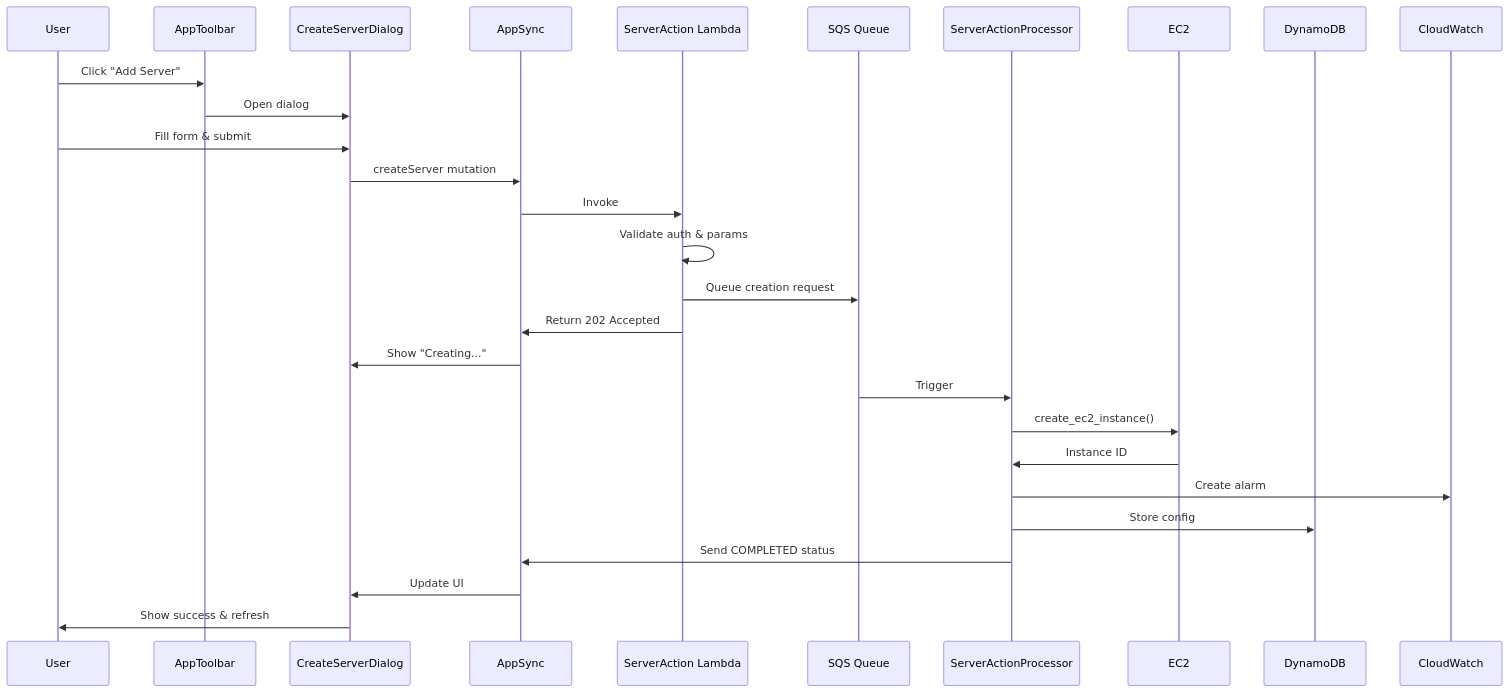
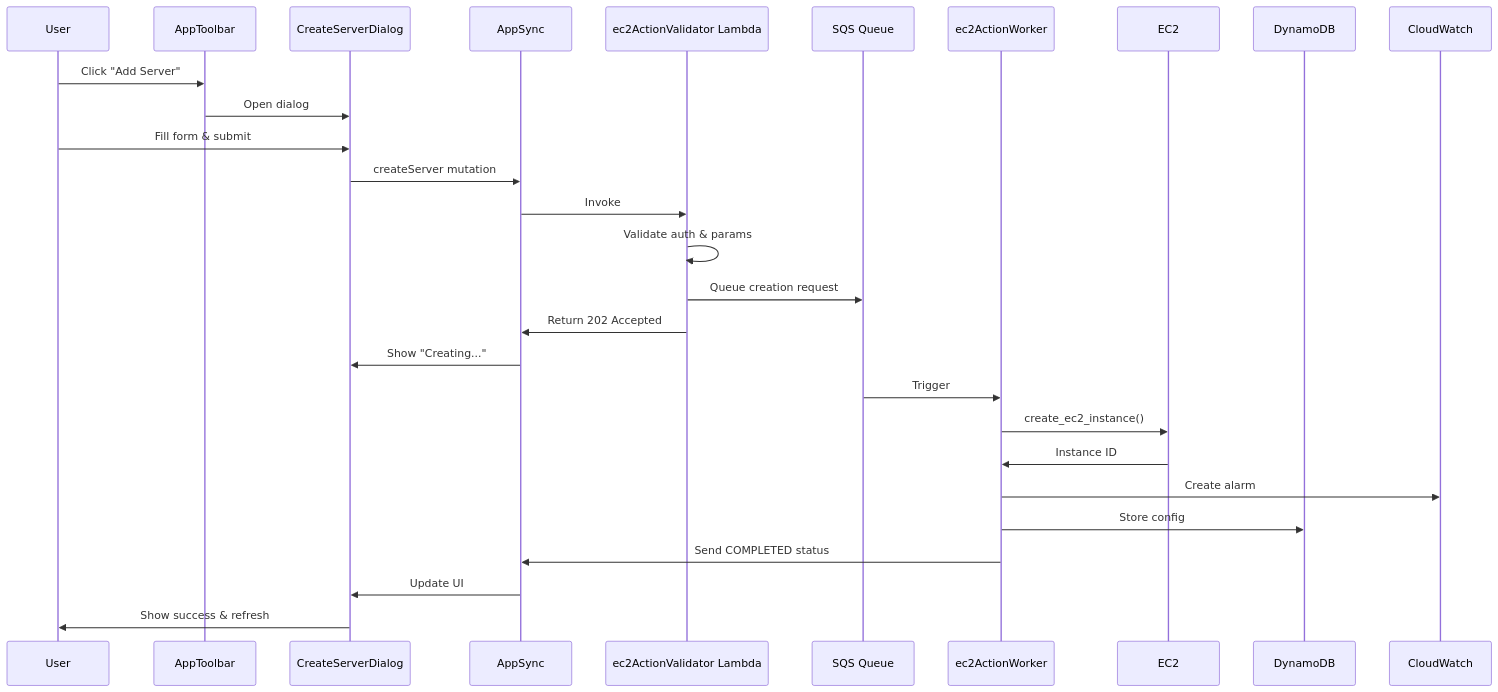
The diagram in .kiro/specs/server-instance-creation/design.md (arturlr/minecraft-server-dashboard), drawn with Mermaid before and after one commit. The commit also changed other lines of this file and 138 other files, not shown here.

````diff
--- a/.kiro/specs/server-instance-creation/design.md
+++ b/.kiro/specs/server-instance-creation/design.md
@@ -29,32 +29,32 @@
 ```mermaid
 sequenceDiagram
     participant User
     participant AppToolbar
     participant CreateServerDialog
     participant AppSync
-    participant ServerAction Lambda
+    participant ec2ActionValidator Lambda
     participant SQS Queue
-    participant ServerActionProcessor
+    participant ec2ActionWorker
     participant EC2
     participant DynamoDB
     participant CloudWatch
 
     User->>AppToolbar: Click "Add Server"
     AppToolbar->>CreateServerDialog: Open dialog
     User->>CreateServerDialog: Fill form & submit
     CreateServerDialog->>AppSync: createServer mutation
-    AppSync->>ServerAction Lambda: Invoke
-    ServerAction Lambda->>ServerAction Lambda: Validate auth & params
-    ServerAction Lambda->>SQS Queue: Queue creation request
-    ServerAction Lambda->>AppSync: Return 202 Accepted
+    AppSync->>ec2ActionValidator Lambda: Invoke
+    ec2ActionValidator Lambda->>ec2ActionValidator Lambda: Validate auth & params
+    ec2ActionValidator Lambda->>SQS Queue: Queue creation request
+    ec2ActionValidator Lambda->>AppSync: Return 202 Accepted
     AppSync->>CreateServerDialog: Show "Creating..."
     
-    SQS Queue->>ServerActionProcessor: Trigger
-    ServerActionProcessor->>EC2: create_ec2_instance()
-    EC2->>ServerActionProcessor: Instance ID
-    ServerActionProcessor->>CloudWatch: Create alarm
-    ServerActionProcessor->>DynamoDB: Store config
-    ServerActionProcessor->>AppSync: Send COMPLETED status
+    SQS Queue->>ec2ActionWorker: Trigger
+    ec2ActionWorker->>EC2: create_ec2_instance()
+    EC2->>ec2ActionWorker: Instance ID
+    ec2ActionWorker->>CloudWatch: Create alarm
+    ec2ActionWorker->>DynamoDB: Store config
+    ec2ActionWorker->>AppSync: Send COMPLETED status
     AppSync->>CreateServerDialog: Update UI
     CreateServerDialog->>User: Show success & refresh
 ```
````
